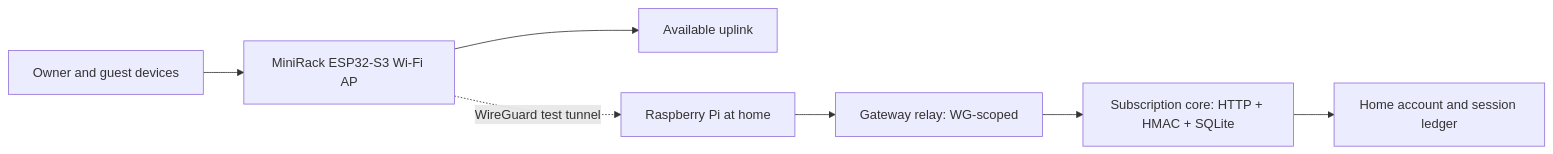
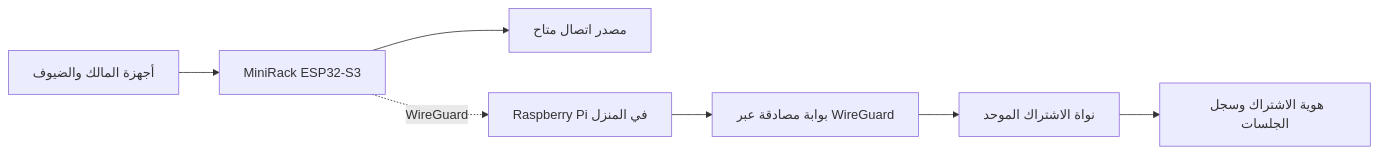
The diagram in README.md (salemalwahbi/MiniRack), drawn with Mermaid before and after one commit. The commit also changed other lines of this file, not shown here.

````diff
--- a/README.md
+++ b/README.md
@@ -16,9 +26,9 @@
 ```mermaid
 flowchart LR
-    A[Owner and guest devices] --> B[MiniRack ESP32-S3 Wi-Fi AP]
-    B --> C[Available uplink]
-    B -. WireGuard test tunnel .-> D[Raspberry Pi at home]
-    D --> E[Gateway relay: WG-scoped]
-    E --> F[Subscription core: HTTP + HMAC + SQLite]
-    F --> G[Home account and session ledger]
+    U[أجهزة المالك والضيوف] --> M[MiniRack ESP32-S3]
+    M --> W[مصدر اتصال متاح]
+    M -. WireGuard .-> P[Raspberry Pi في المنزل]
+    P --> G[بوابة مصادقة عبر WireGuard]
+    G --> C[نواة الاشتراك الموحد]
+    C --> A[هوية الاشتراك وسجل الجلسات]
 ```
````
